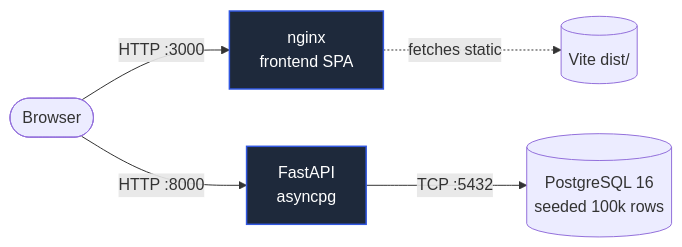
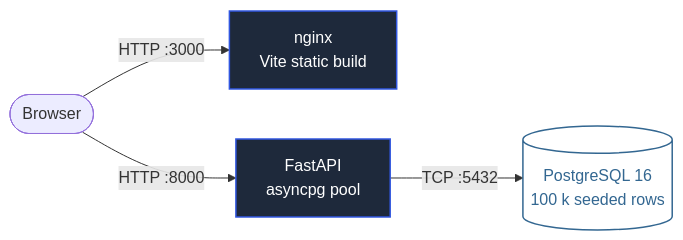
One commit to SidiElvaly/nafad-pay-g2 changed the first of 2 diagrams in README.md. Above: the diagram before and after it, drawn with Mermaid. The commit also changed other lines of this file, not shown here.

````diff
--- a/README.md
+++ b/README.md
@@ -54,10 +130,11 @@
 ```mermaid
 flowchart LR
-    Browser([Browser]) -->|HTTP :3000| Nginx[nginx<br/>frontend SPA]
-    Browser -->|HTTP :8000| API[FastAPI<br/>asyncpg]
-    Nginx -.fetches static.-> Disk[(Vite dist/)]
-    API -->|TCP :5432| PG[(PostgreSQL 16<br/>seeded 100k rows)]
+    Browser([Browser]) -->|HTTP :3000| Nginx[nginx<br/>Vite static build]
+    Browser -->|HTTP :8000| API[FastAPI<br/>asyncpg pool]
+    API -->|TCP :5432| PG[(PostgreSQL 16<br/>100 k seeded rows)]
 
     classDef svc fill:#1e293b,stroke:#3157e0,color:#fff,stroke-width:1.5px;
+    classDef db  fill:#fff,stroke:#336791,color:#336791,stroke-width:1.5px;
     class Nginx,API svc;
+    class PG db;
 ```
````
